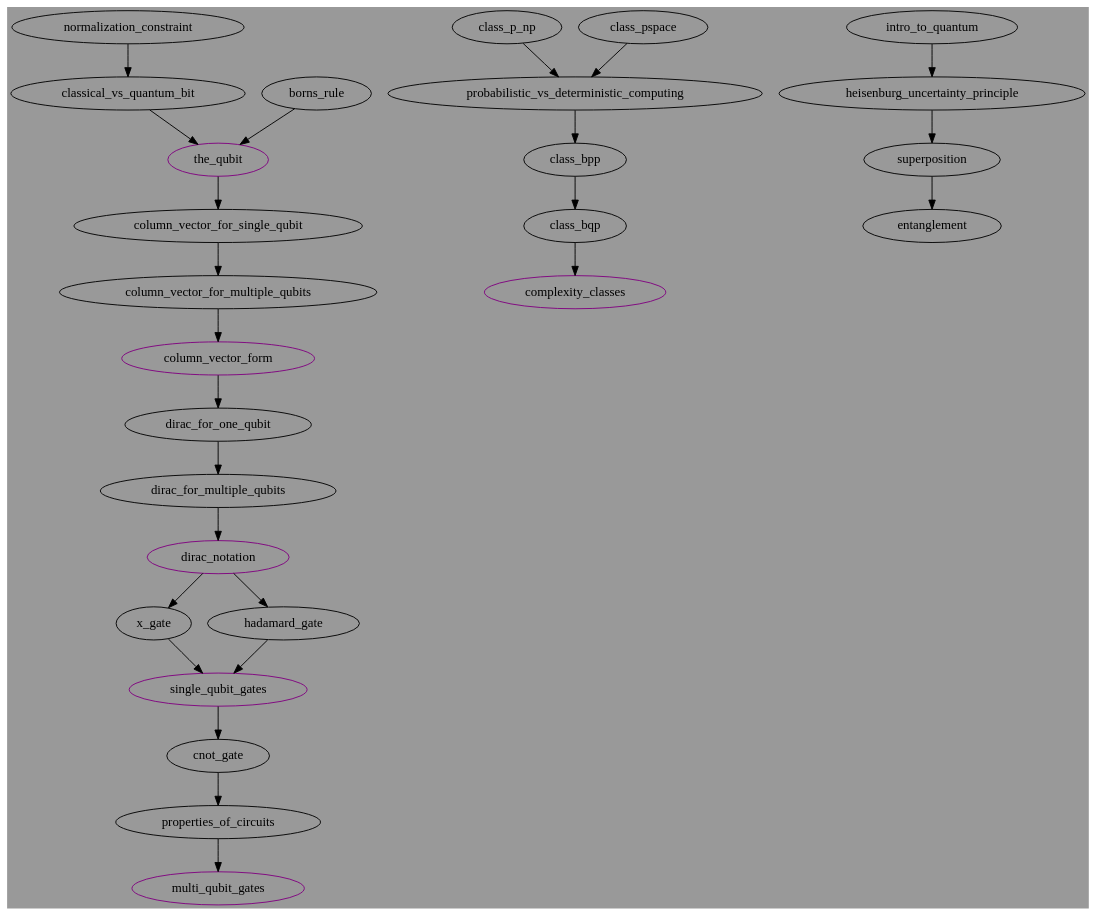
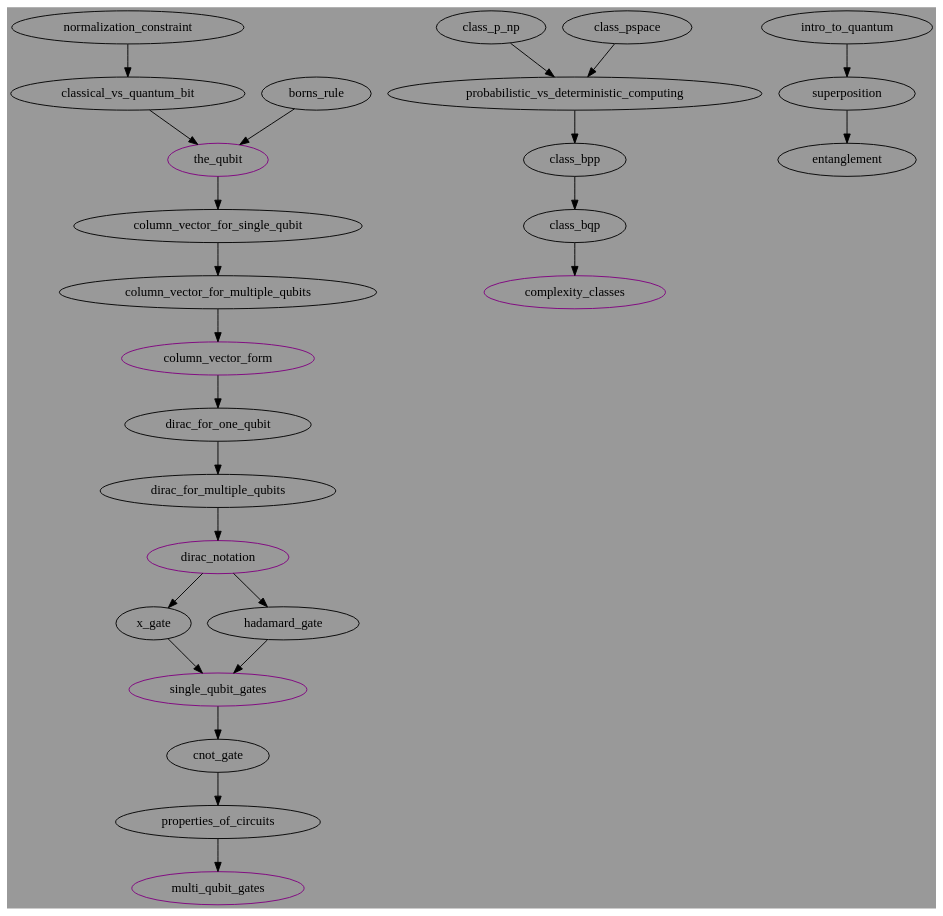
Before and after one commit to NoleStites/STEM-REx: the diagram in AI_DOT_Files/graph.gv, drawn with Graphviz. The commit also changed 1 other file, not shown here.

Commit message:
Changed graph

```diff
--- a/AI_DOT_Files/graph.gv
+++ b/AI_DOT_Files/graph.gv
@@ -1,46 +1,45 @@
 /*
 To compile into a png:
 dot -Tpng graph.gv -o graph.png
 */
 
 
 digraph 
 {
 	bgcolor="#999999"
 	
 	// Graph 1: main quantum content
 	"dirac_for_multiple_qubits" -> "dirac_notation";
 	"dirac_for_one_qubit" -> "dirac_for_multiple_qubits";
 	"column_vector_for_multiple_qubits" -> "column_vector_form";
 	"column_vector_form" -> "dirac_for_one_qubit";
 	"column_vector_for_single_qubit" -> "column_vector_for_multiple_qubits";
 	{"classical_vs_quantum_bit" "borns_rule"} -> "the_qubit";
 	"the_qubit" -> "column_vector_for_single_qubit";
 	"normalization_constraint" -> "classical_vs_quantum_bit";
 	"dirac_notation" -> {"x_gate" "hadamard_gate"};
 	{"x_gate" "hadamard_gate"} -> "single_qubit_gates";
 	"properties_of_circuits" -> "multi_qubit_gates";
 	"single_qubit_gates" -> "cnot_gate";
 	"cnot_gate" -> "properties_of_circuits";
 
 	// Graph 1 summaries
 	"the_qubit"[color="purple"];
 	"column_vector_form"[color="purple"];
 	"dirac_notation"[color="purple"];
 	"single_qubit_gates"[color="purple"];
 	"multi_qubit_gates"[color="purple"];
 
 	// Graph 2: complexity classes
 	"class_bqp" -> "complexity_classes";
 	"class_bpp" -> "class_bqp";
 	"probabilistic_vs_deterministic_computing" -> "class_bpp";
 	{"class_p_np" "class_pspace"} -> "probabilistic_vs_deterministic_computing";
 
 	// Graph 2 summaries
 	"complexity_classes"[color="purple"];
 
 	// Graph 3: quantum weirdness
-	"intro_to_quantum" -> "heisenburg_uncertainty_principle";
-	"heisenburg_uncertainty_principle" -> "superposition";
+	"intro_to_quantum" -> "superposition";
 	"superposition" -> "entanglement";
 }
```
